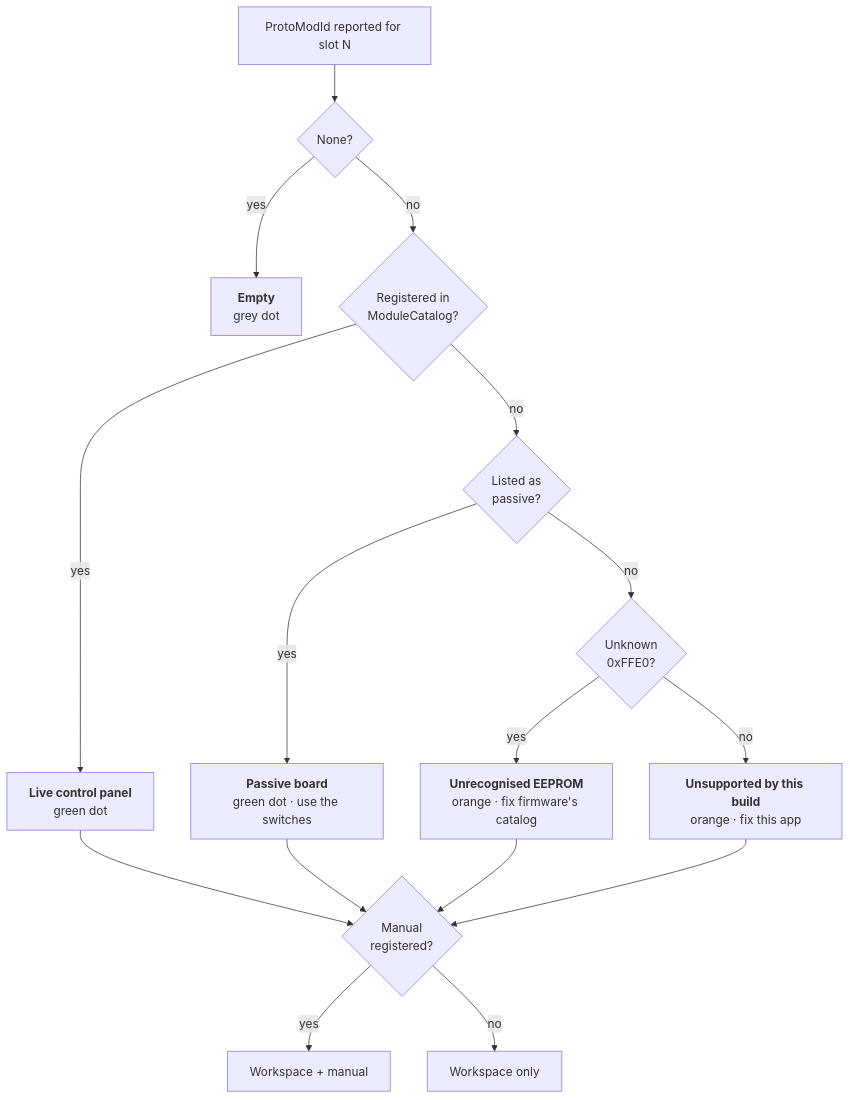
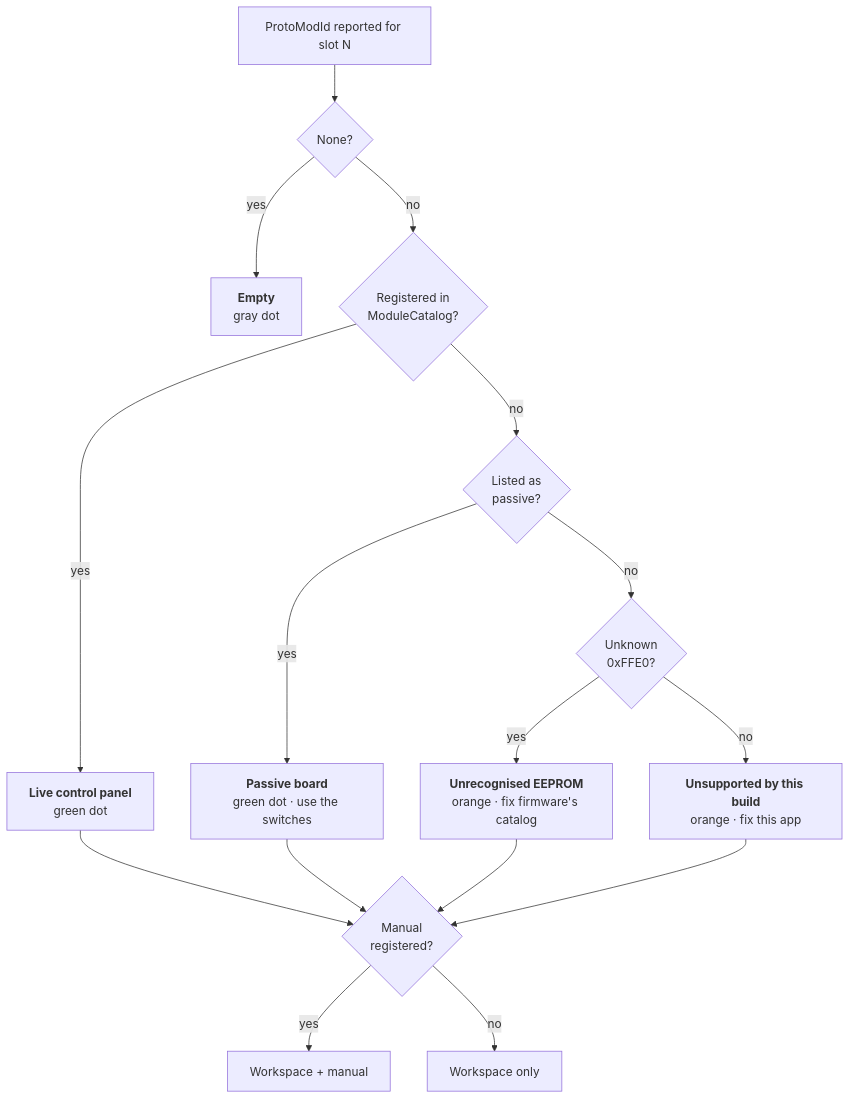
Before and after one commit to zburmeister13/Protoverse_PC: the fourth of 6 diagrams in README.md, drawn with Mermaid. The commit also changed other lines of this file and 36 other files, not shown here.

````diff
--- a/README.md
+++ b/README.md
@@ -247,19 +275,19 @@
 ```mermaid
 flowchart TD
     START["ProtoModId reported for slot N"] --> Q1{"None?"}
-    Q1 -->|yes| EMPTY["<b>Empty</b><br/>grey dot"]
+    Q1 -->|yes| EMPTY["<b>Empty</b><br/>gray dot"]
     Q1 -->|no| Q2{"Registered in<br/>ModuleCatalog?"}
     Q2 -->|yes| LIVE["<b>Live control panel</b><br/>green dot"]
     Q2 -->|no| Q3{"Listed as<br/>passive?"}
     Q3 -->|yes| PASSIVE["<b>Passive board</b><br/>green dot · use the switches"]
     Q3 -->|no| Q4{"Unknown<br/>0xFFE0?"}
     Q4 -->|yes| UNK["<b>Unrecognised EEPROM</b><br/>orange · fix firmware's catalog"]
     Q4 -->|no| UNS["<b>Unsupported by this build</b><br/>orange · fix this app"]
 
     LIVE --> MAN{"Manual<br/>registered?"}
     PASSIVE --> MAN
     UNK --> MAN
     UNS --> MAN
     MAN -->|yes| WITH["Workspace + manual"]
     MAN -->|no| WITHOUT["Workspace only"]
 ```
````
